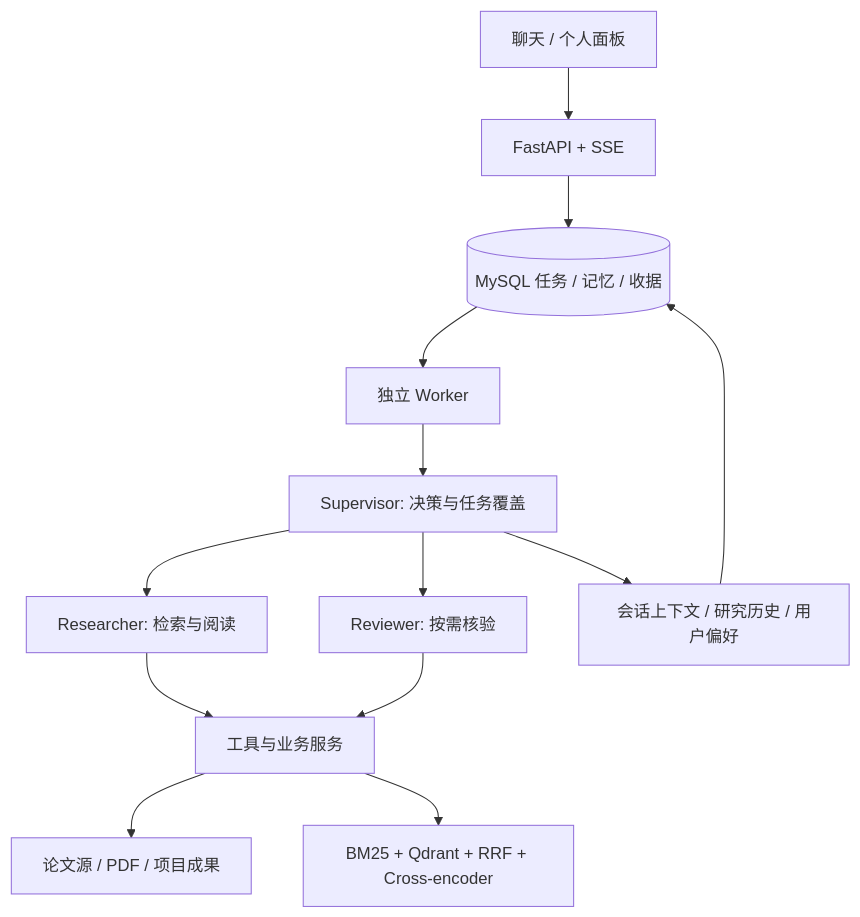
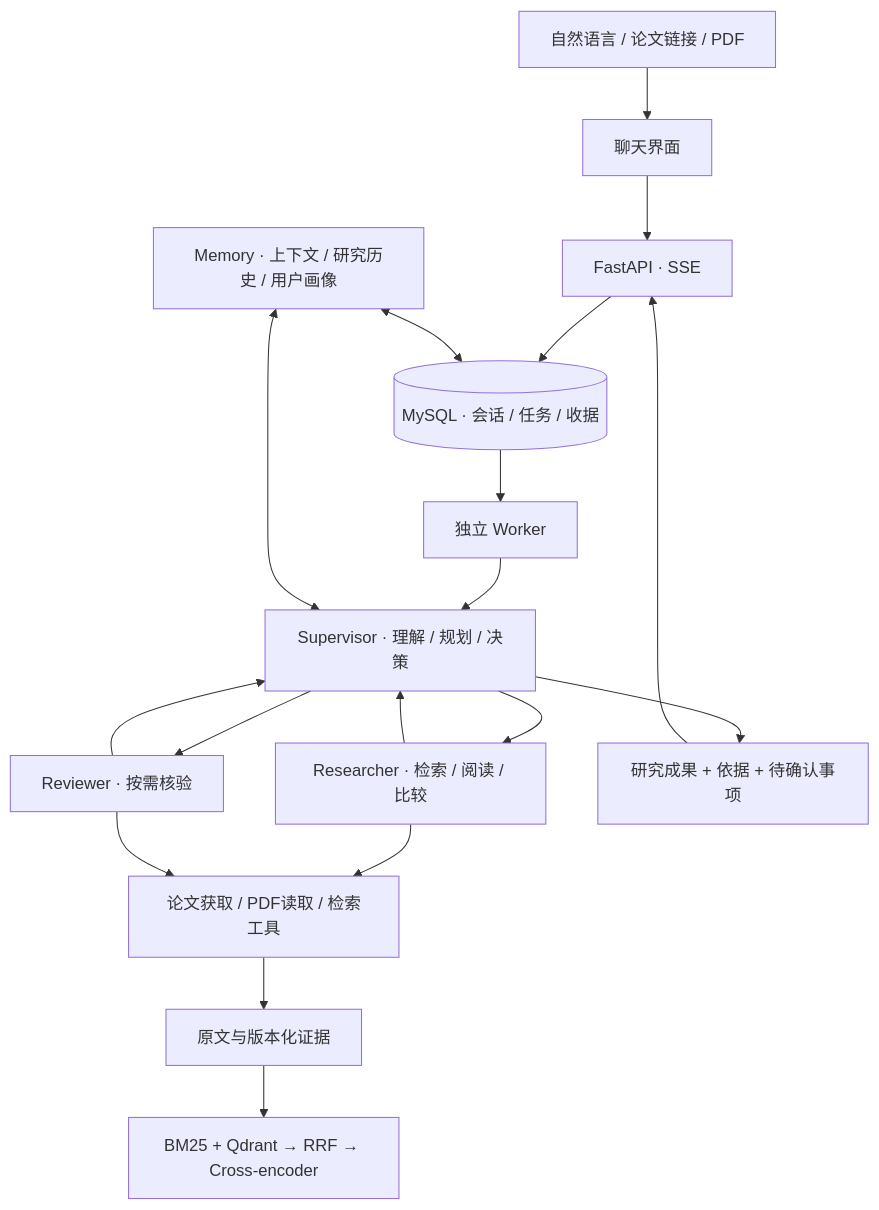
Before and after one commit to CsBillChang/ReasearchLoop: the diagram in README.md, drawn with Mermaid. The commit also changed other lines of this file and 13 other files, not shown here.

````diff
--- a/README.md
+++ b/README.md
@@ -9,15 +70,20 @@
 ```mermaid
 flowchart TD
-    UI[聊天 / 个人面板] --> API[FastAPI + SSE]
-    API --> DB[(MySQL 任务 / 记忆 / 收据)]
-    DB --> W[独立 Worker]
-    W --> S[Supervisor: 决策与任务覆盖]
-    S --> R[Researcher: 检索与阅读]
-    S --> V[Reviewer: 按需核验]
-    R --> T[工具与业务服务]
+    U[自然语言 / 论文链接 / PDF] --> C[聊天界面]
+    C --> A[FastAPI · SSE]
+    A --> D[(MySQL · 会话 / 任务 / 收据)]
+    D --> W[独立 Worker]
+    W --> S[Supervisor · 理解 / 规划 / 决策]
+    S --> R[Researcher · 检索 / 阅读 / 比较]
+    S --> V[Reviewer · 按需核验]
+    R --> T[论文获取 / PDF读取 / 检索工具]
     V --> T
-    T --> P[论文源 / PDF / 项目成果]
-    T --> Q[BM25 + Qdrant + RRF + Cross-encoder]
-    S --> M[会话上下文 / 研究历史 / 用户偏好]
-    M --> DB
+    T --> E[原文与版本化证据]
+    E --> H[BM25 + Qdrant → RRF → Cross-encoder]
+    R --> S
+    V --> S
+    S --> O[研究成果 + 依据 + 待确认事项]
+    O --> A
+    M[Memory · 上下文 / 研究历史 / 用户画像] <--> S
+    M <--> D
 ```
````
